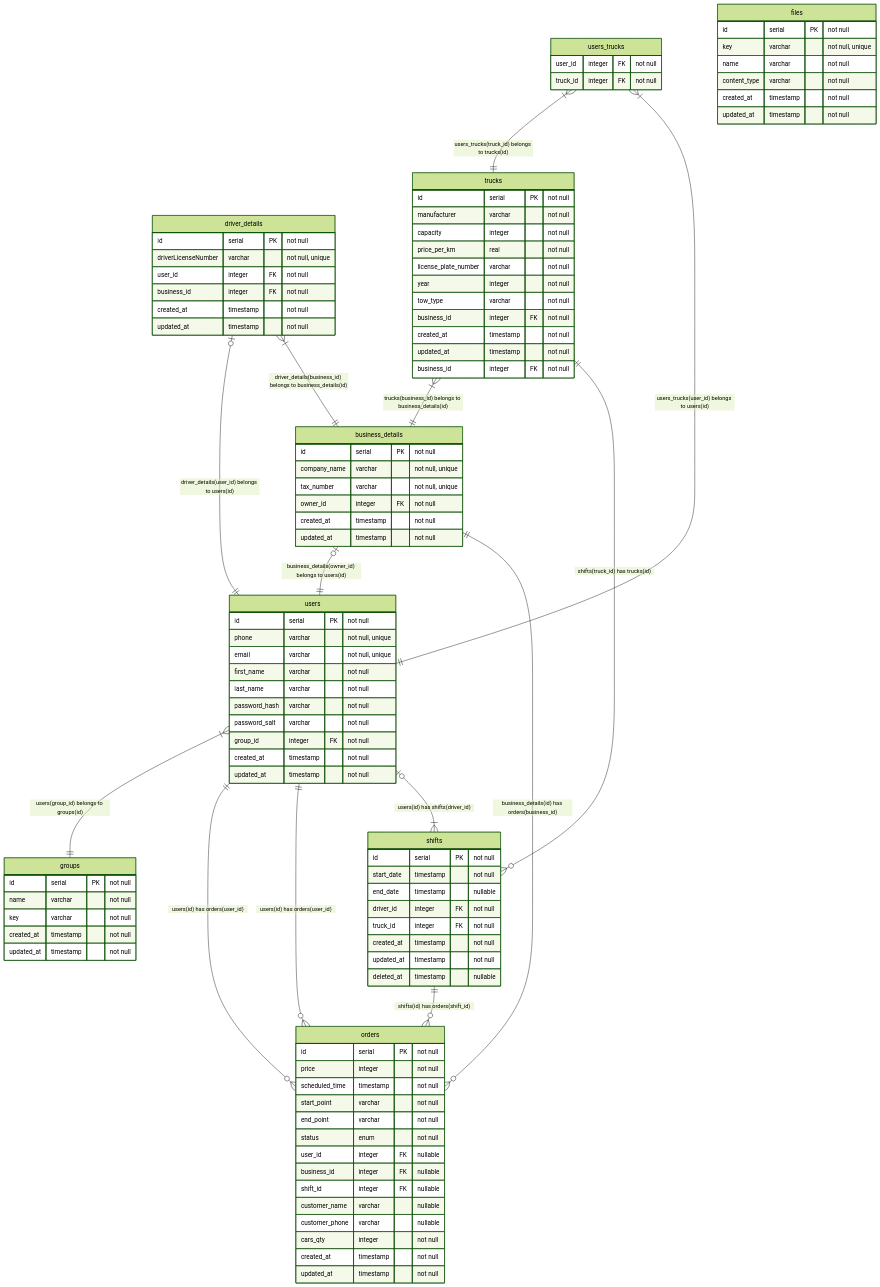
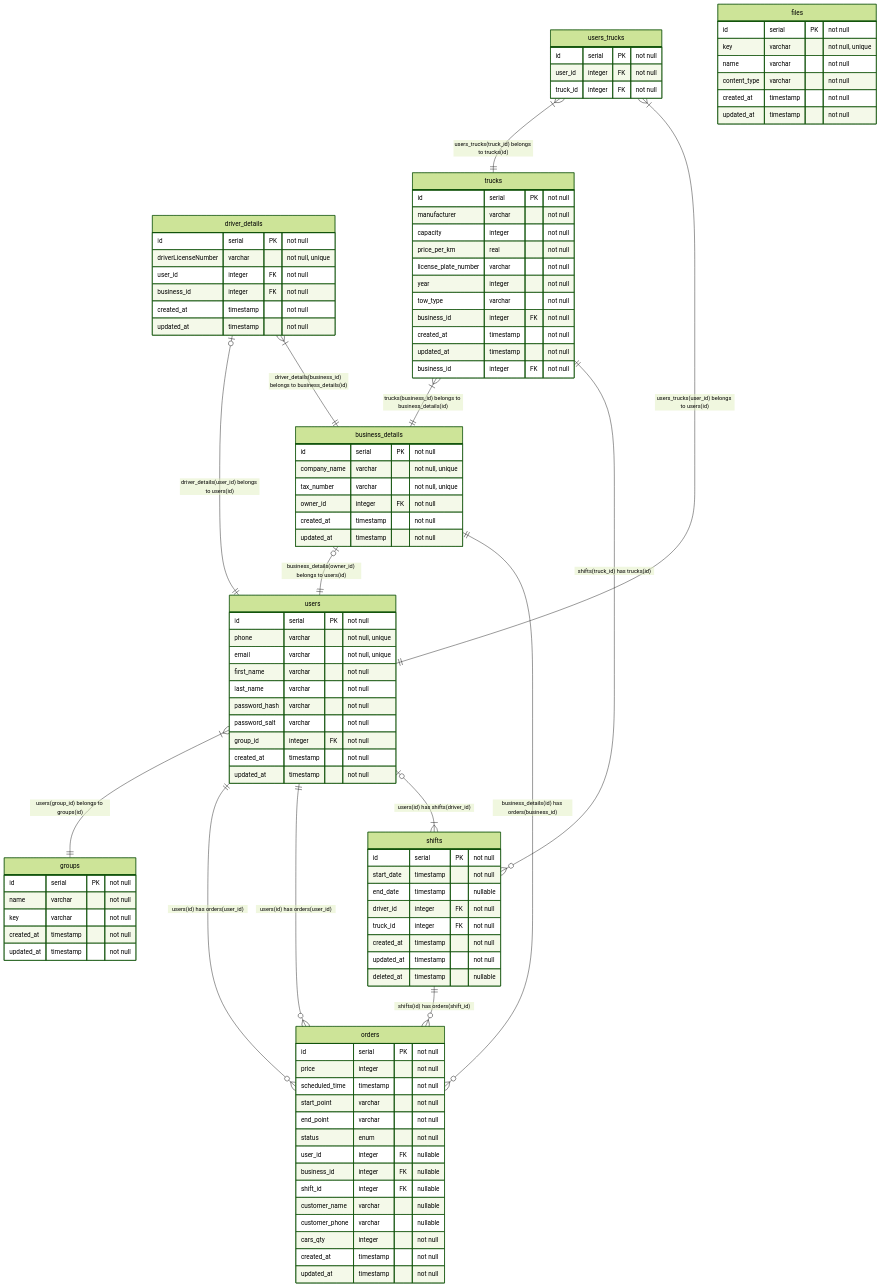
One commit to BinaryStudioAcademy/bsa-2023-towhub changed the diagram in readme.md. Above: the diagram before and after it, drawn with Mermaid (forest theme). The commit also changed 179 other files, not shown here.

```diff
--- a/readme.md
+++ b/readme.md
@@ -74,6 +74,7 @@
         updated_at timestamp "not null"
     }
     users_trucks {
+        id serial PK "not null"
         user_id integer FK "not null"
         truck_id integer FK "not null"
     }
```
